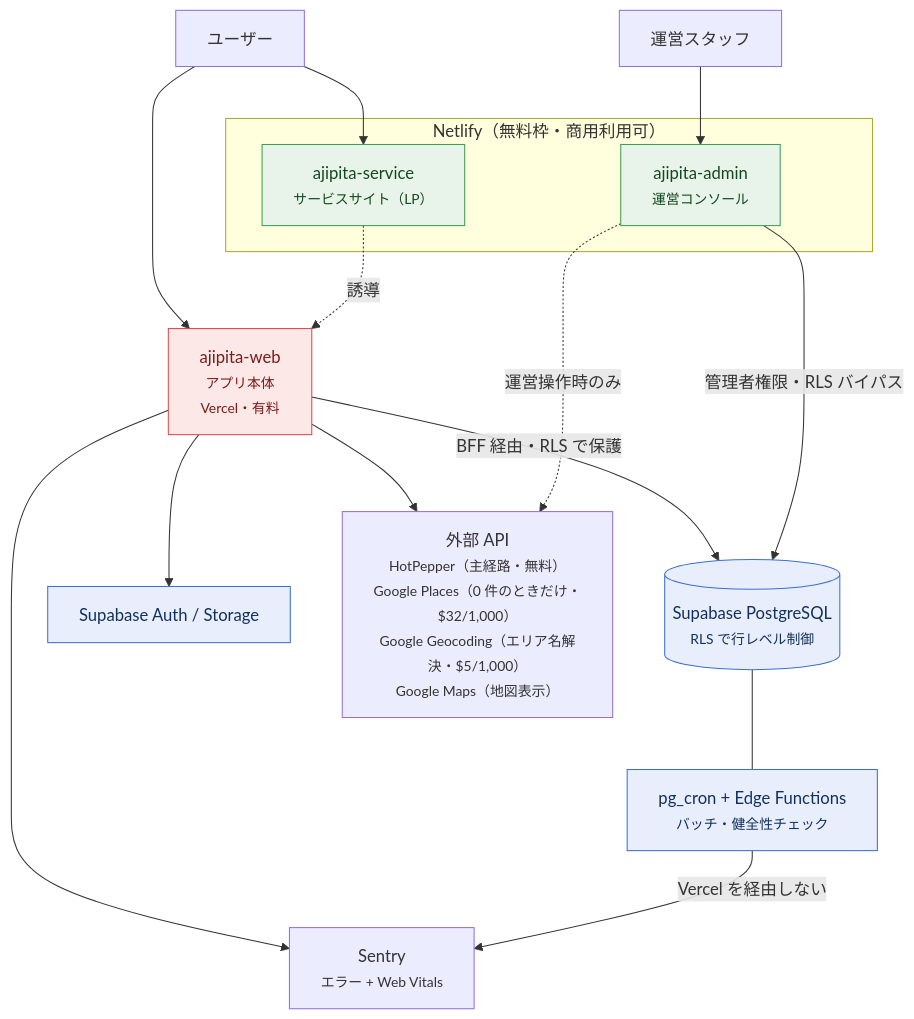
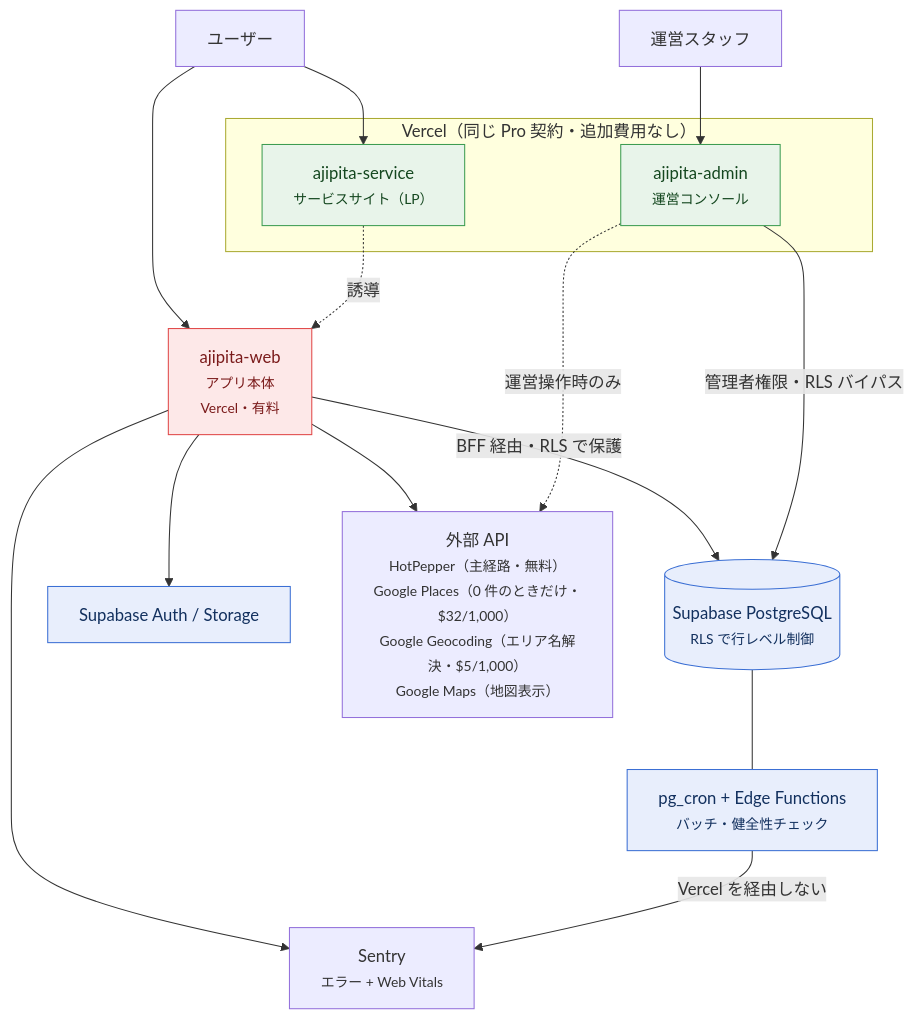
One commit to tzptzptzptzptzp/ajipita-inside changed the first of 4 diagrams in docs/diagrams.md. Above: the diagram before and after it, drawn with Mermaid. The commit also changed 2 other files, not shown here.

Commit message:
📝 構成図のソースから Netlify を外す

````diff
--- a/docs/diagrams.md
+++ b/docs/diagrams.md
@@ -28,41 +28,41 @@
 ```mermaid
 flowchart TB
     U["ユーザー"]
     OP["運営スタッフ"]
 
     WEB["ajipita-web<br/><small>アプリ本体<br/>Vercel・有料</small>"]
 
-    subgraph netlify["Netlify（無料枠・商用利用可）"]
+    subgraph vercel_extra["Vercel（同じ Pro 契約・追加費用なし）"]
         SERVICE["ajipita-service<br/><small>サービスサイト（LP）</small>"]
         ADMIN["ajipita-admin<br/><small>運営コンソール</small>"]
     end
 
     DB[("Supabase PostgreSQL<br/><small>RLS で行レベル制御</small>")]
     SBX["Supabase Auth / Storage"]
     CRON["pg_cron + Edge Functions<br/><small>バッチ・健全性チェック</small>"]
 
     EXT["外部 API<br/><small>HotPepper（主経路・無料）<br/>Google Places（0 件のときだけ・$32/1,000）<br/>Google Geocoding（エリア名解決・$5/1,000）<br/>Google Maps（地図表示）</small>"]
     SENTRY["Sentry<br/><small>エラー + Web Vitals</small>"]
 
     U --> SERVICE
     U --> WEB
     OP --> ADMIN
     SERVICE -.->|"誘導"| WEB
 
     WEB -->|"BFF 経由・RLS で保護"| DB
     ADMIN -->|"管理者権限・RLS バイパス"| DB
     WEB --> SBX
     WEB --> EXT
     ADMIN -.->|"運営操作時のみ"| EXT
     WEB --> SENTRY
 
     DB --- CRON
     CRON -->|"Vercel を経由しない"| SENTRY
 
     classDef paid fill:#fde8e8,stroke:#e04747,color:#7a1a1a
     classDef free fill:#e8f4ea,stroke:#3d9c52,color:#14471f
     classDef data fill:#e8eefc,stroke:#3b6fd4,color:#12305e
     class WEB paid
     class SERVICE,ADMIN free
     class DB,SBX,CRON data
 ```
````
